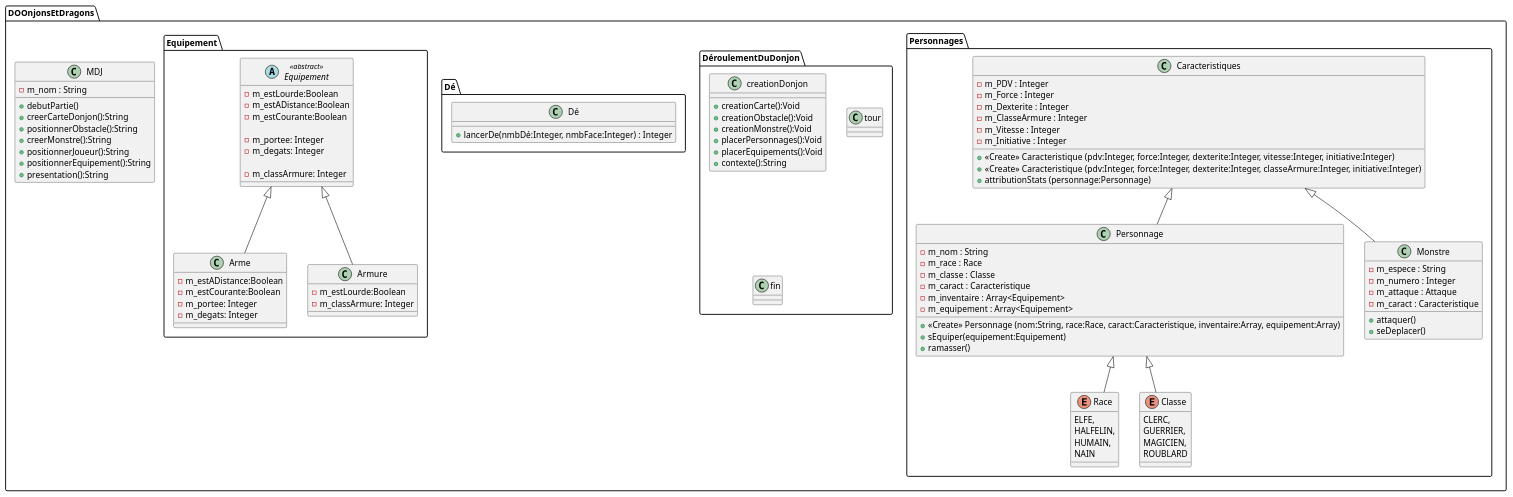
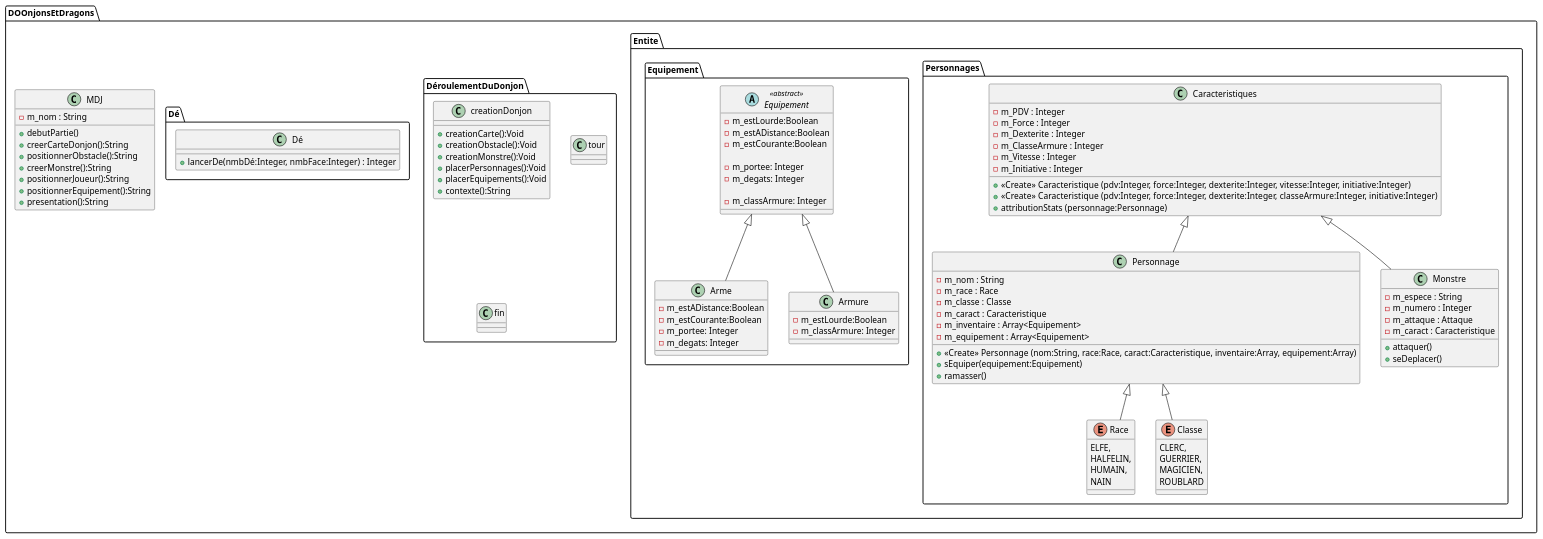
Before and after one commit to Erm5s/jeu-donjon-et-dragons: the diagram in uml/semaine2.puml, drawn with PlantUML. The commit also changed 7 other files, not shown here.

Commit message:
ajout de la classe meneur de jeu, de la classe abstraite entite, et ajout  de fonctions en lien avec le placement des entites ainsi que la gestion de leur coordonnees

```diff
--- a/uml/semaine2.puml
+++ b/uml/semaine2.puml
@@ -1,134 +1,138 @@
 @startuml
 scale 1
 package DOOnjonsEtDragons
 {
-    package Personnages
-    {
-        class Personnage
+    package Entite {
+        package Personnages
         {
-            - m_nom : String
-            - m_race : Race
-            - m_classe : Classe
-            - m_caract : Caracteristique
-            - m_inventaire : Array<Equipement>
-            - m_equipement : Array<Equipement>
-            + <<Create>> Personnage (nom:String, race:Race, caract:Caracteristique, inventaire:Array, equipement:Array)
-            + sEquiper(equipement:Equipement)
-            + ramasser()
+            class Personnage
+            {
+                - m_nom : String
+                - m_race : Race
+                - m_classe : Classe
+                - m_caract : Caracteristique
+                - m_inventaire : Array<Equipement>
+                - m_equipement : Array<Equipement>
+                + <<Create>> Personnage (nom:String, race:Race, caract:Caracteristique, inventaire:Array, equipement:Array)
+                + sEquiper(equipement:Equipement)
+                + ramasser()
+            }
+
+            class Monstre
+            {
+                - m_espece : String
+                - m_numero : Integer
+                - m_attaque : Attaque
+                - m_caract : Caracteristique
+                + attaquer()
+                + seDeplacer()
+            }
+
+            enum Race
+            {
+                ELFE,
+                HALFELIN,
+                HUMAIN,
+                NAIN
+            }
+
+            enum Classe
+            {
+                CLERC,
+                GUERRIER,
+                MAGICIEN,
+                ROUBLARD
+            }
+
+            class Caracteristiques
+            {
+                - m_PDV : Integer
+                - m_Force : Integer
+                - m_Dexterite : Integer
+                - m_ClasseArmure : Integer
+                - m_Vitesse : Integer
+                - m_Initiative : Integer
+                + <<Create>> Caracteristique (pdv:Integer, force:Integer, dexterite:Integer, vitesse:Integer, initiative:Integer)
+                + <<Create>> Caracteristique (pdv:Integer, force:Integer, dexterite:Integer, classeArmure:Integer, initiative:Integer)
+                + attributionStats (personnage:Personnage)
+            }
         }
 
-        class Monstre
-        {
-            - m_espece : String
-            - m_numero : Integer
-            - m_attaque : Attaque
-            - m_caract : Caracteristique
-            + attaquer()
-            + seDeplacer()
+            package Equipement
+            {
+                abstract class Equipement <<abstract>>
+                {
+                    - m_estLourde:Boolean
+                    - m_estADistance:Boolean
+                    - m_estCourante:Boolean
+
+                    - m_portee: Integer
+                    - m_degats: Integer
+
+                    - m_classArmure: Integer
+                }
+
+                class Arme extends Equipement
+                {
+                    - m_estADistance:Boolean
+                    - m_estCourante:Boolean
+                    - m_portee: Integer
+                    - m_degats: Integer
+
+                }
+
+                class Armure extends Equipement
+                {
+                    - m_estLourde:Boolean
+                    - m_classArmure: Integer
+                }
+            }
         }
-
-        enum Race
-        {
-            ELFE,
-            HALFELIN,
-            HUMAIN,
-            NAIN
-        }
-
-        enum Classe
-        {
-            CLERC,
-            GUERRIER,
-            MAGICIEN,
-            ROUBLARD
-        }
-
-        class Caracteristiques
-        {
-            - m_PDV : Integer
-            - m_Force : Integer
-            - m_Dexterite : Integer
-            - m_ClasseArmure : Integer
-            - m_Vitesse : Integer
-            - m_Initiative : Integer
-            + <<Create>> Caracteristique (pdv:Integer, force:Integer, dexterite:Integer, vitesse:Integer, initiative:Integer)
-            + <<Create>> Caracteristique (pdv:Integer, force:Integer, dexterite:Integer, classeArmure:Integer, initiative:Integer)
-            + attributionStats (personnage:Personnage)
-        }
-    }
 
     package DéroulementDuDonjon
     {
         class creationDonjon
         {
             + creationCarte():Void
             + creationObstacle():Void
             + creationMonstre():Void
             + placerPersonnages():Void
             + placerEquipements():Void
             + contexte():String
         }
         class tour
         {
 
         }
         class fin
         {
 
         }
     }
 
     class MDJ
     {
         - m_nom : String
         + debutPartie()
         + creerCarteDonjon():String
         + positionnerObstacle():String
         + creerMonstre():String
         + positionnerJoueur():String
         + positionnerEquipement():String
         + presentation():String
     }
 package Dé
 {
     class Dé
     {
         + lancerDe(nmbDé:Integer, nmbFace:Integer) : Integer
     }
 }
 
-    package Equipement
-    {
-        abstract class Equipement <<abstract>>
-        {
-            - m_estLourde:Boolean
-            - m_estADistance:Boolean
-            - m_estCourante:Boolean
 
-            - m_portee: Integer
-            - m_degats: Integer
-
-            - m_classArmure: Integer
-        }
-
-        class Arme extends Equipement
-        {
-            - m_estADistance:Boolean
-            - m_estCourante:Boolean
-            - m_portee: Integer
-            - m_degats: Integer
-
-        }
-
-        class Armure extends Equipement
-        {
-            - m_estLourde:Boolean
-            - m_classArmure: Integer
-        }
-    }
 Caracteristiques <|-- Personnage
 Caracteristiques <|-- Monstre
 Personnage <|-- Classe
 Personnage <|-- Race
 }
 @enduml
```
